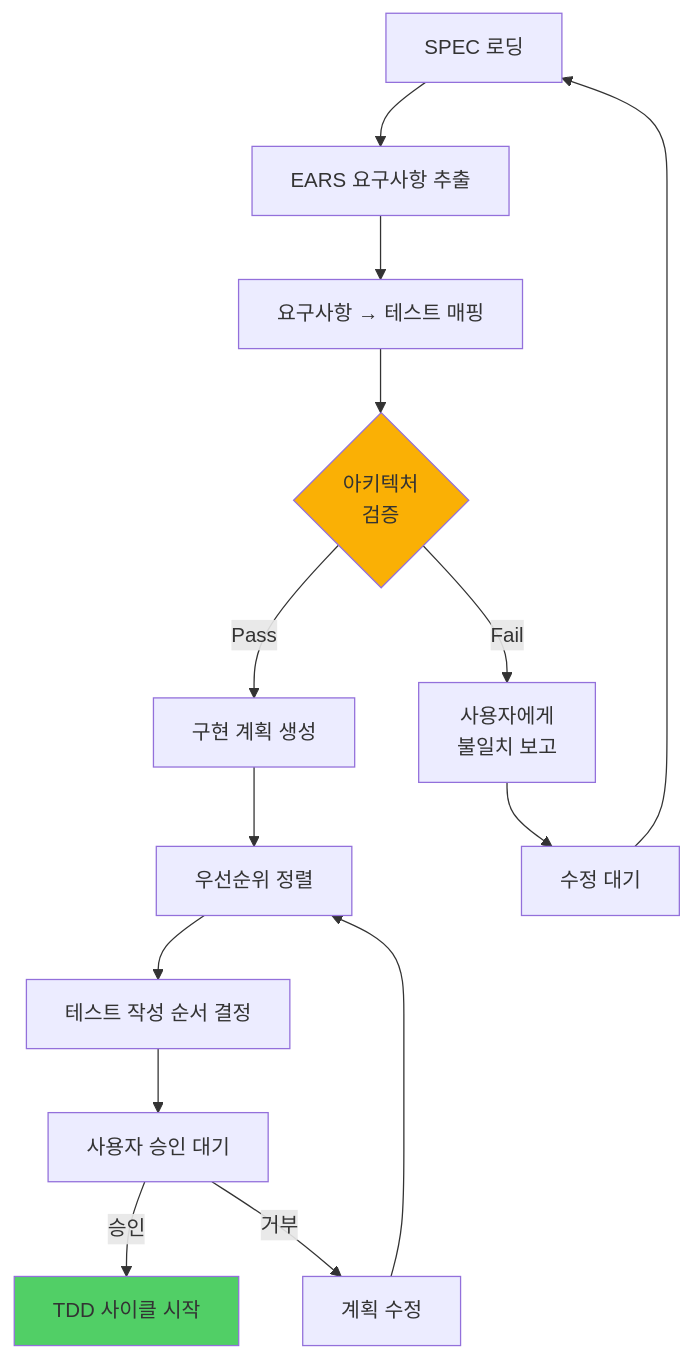
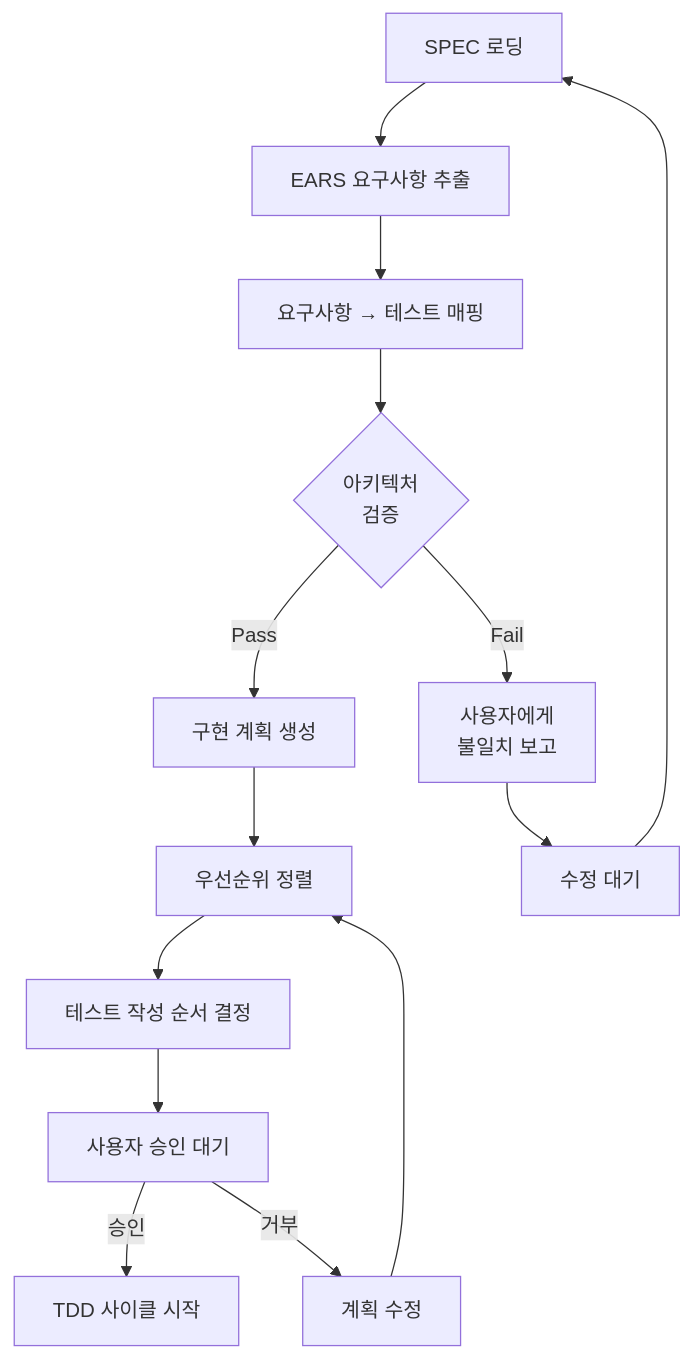
One commit to modu-ai/moai-adk changed the second of 7 diagrams in docs/claude/agents/code-builder.md. Above: the diagram before and after it, drawn with Mermaid. The commit also changed other lines of this file and 299 other files, not shown here.

First line of the commit message:
🎨 feat: Mermaid 다크/라이트 테마 대응 + trust-checker 통합

````diff
--- a/docs/claude/agents/code-builder.md
+++ b/docs/claude/agents/code-builder.md
@@ -117,23 +113,21 @@
 ```mermaid
 flowchart TD
     A[SPEC 로딩] --> B[EARS 요구사항 추출]
     B --> C[요구사항 → 테스트 매핑]
     C --> D{아키텍처<br/>검증}
 
     D -->|Pass| E[구현 계획 생성]
     D -->|Fail| F[사용자에게<br/>불일치 보고]
 
     F --> G[수정 대기]
     G --> A
 
     E --> H[우선순위 정렬]
     H --> I[테스트 작성 순서 결정]
     I --> J[사용자 승인 대기]
 
     J -->|승인| K[TDD 사이클 시작]
     J -->|거부| L[계획 수정]
     L --> H
 
-    style D fill:#fab005
-    style K fill:#51cf66
 ```
````
